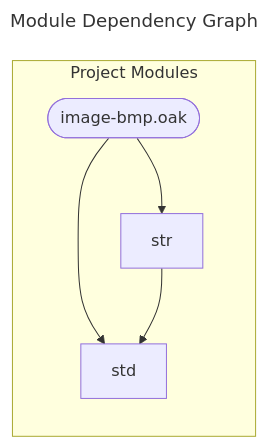
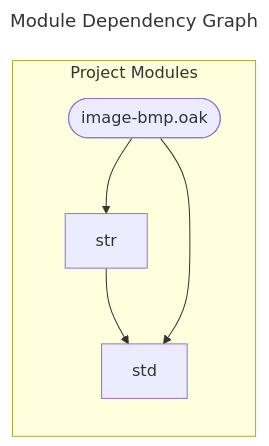
One commit to SpcFORK/magnolia changed the diagram in docs/spec/image-bmp.mmd. Above: the diagram before and after it, drawn with Mermaid. The commit also changed other lines of this file and 152 other files, not shown here.

First line of the commit message:
Refactor module dependency graphs in documentation

```diff
--- a/docs/spec/image-bmp.mmd
+++ b/docs/spec/image-bmp.mmd
@@ -1,12 +1,12 @@
 ---
 title: Module Dependency Graph
 ---
 flowchart LR
     subgraph project_modules ["Project Modules"]
         std["std"]
+        str["str"]
         lib_image_bmp_oak(["image-bmp.oak"])
-        str["str"]
     end
+    str --> std
     lib_image_bmp_oak --> std
     lib_image_bmp_oak --> str
-    str --> std
```
